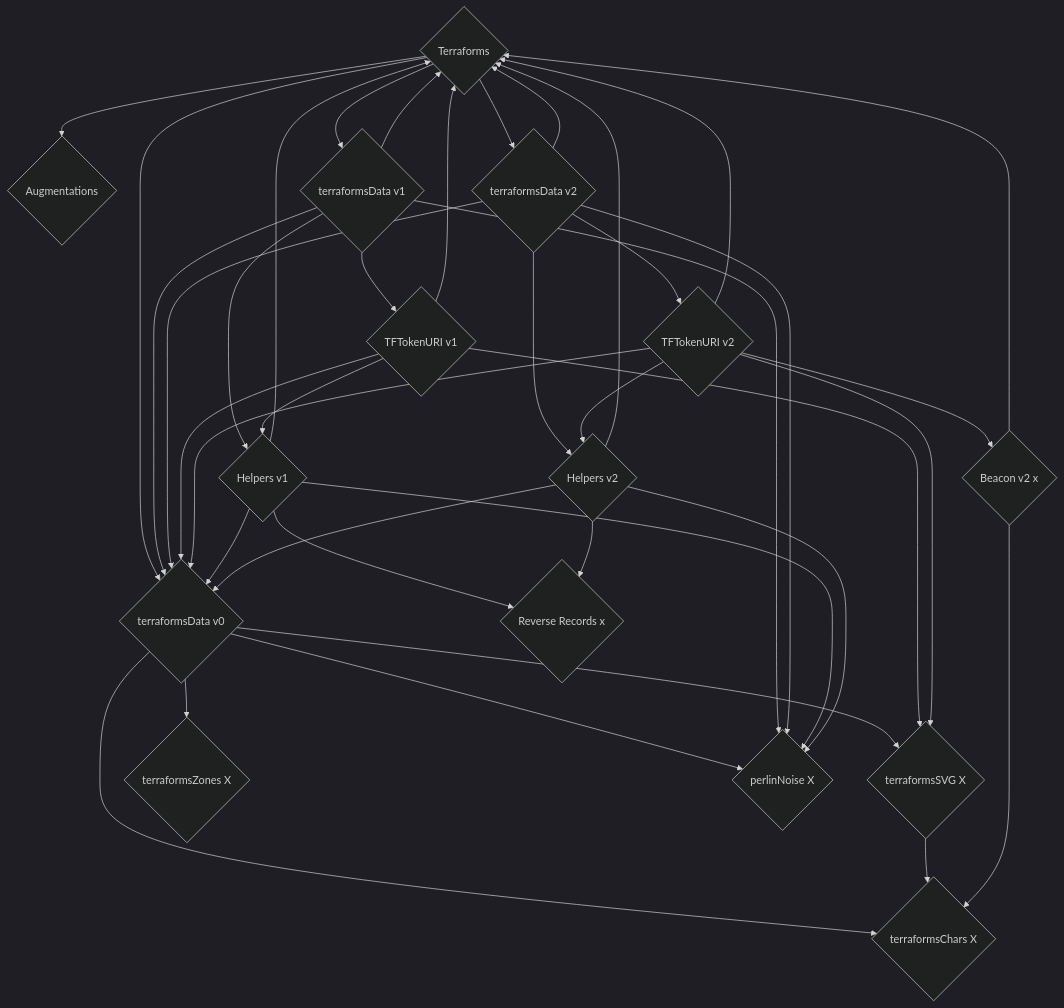
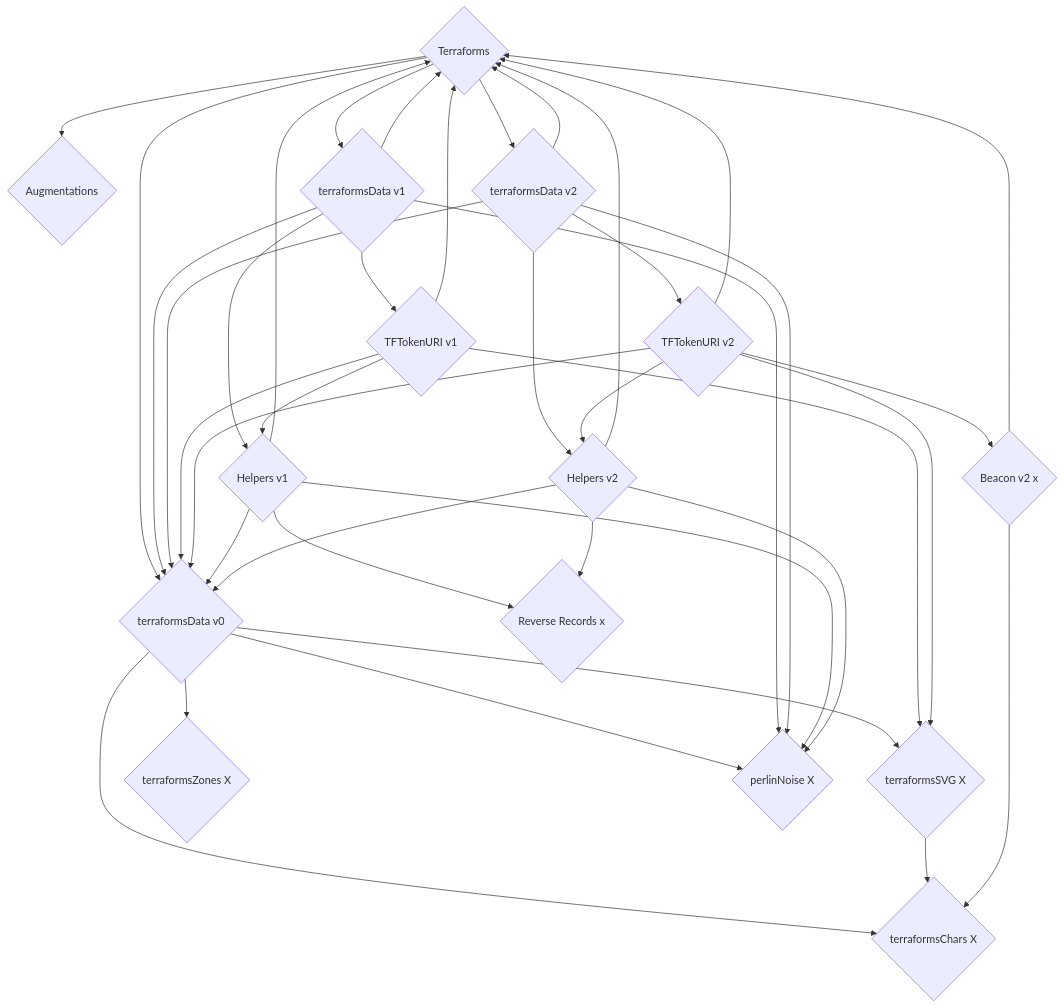
Before and after one commit to thebadcc/terraform-docs: the first of 2 diagrams in contracts/Terraforms.md, drawn with Mermaid.

````diff
--- a/contracts/Terraforms.md
+++ b/contracts/Terraforms.md
@@ -20,42 +20,41 @@
 ```mermaid
-%%{init: {'theme':'dark'}}%%
 graph TD
     A{Terraforms} --> B{Augmentations}
     A --> C{terraformsData v0}
     A --> D{terraformsData v1}
     A --> E{terraformsData v2}
     C --> F{terraformsSVG X}
     C --> G{terraformsChars X}
     C --> H{terraformsZones X}
     C --> I{perlinNoise X}
     D --> J{TFTokenURI v1}
     D --> K{Helpers v1}
     E --> L{TFTokenURI v2}
     E --> M{Helpers v2}
     F --> G
     L --> N{Beacon v2 x}
     D --> A
     D --> I
     D --> C
     E --> A
     E --> I
     E --> C
     J --> C
     J --> A
     J --> K
     J --> F
     L --> C
     L --> A
     L --> M
     L --> F
     K --> A
     K --> C
     K --> I
     K --> O{Reverse Records x}
     M --> A
     M --> C
     M --> I
     M --> O
     N --> G
     N --> A
 ```
````
